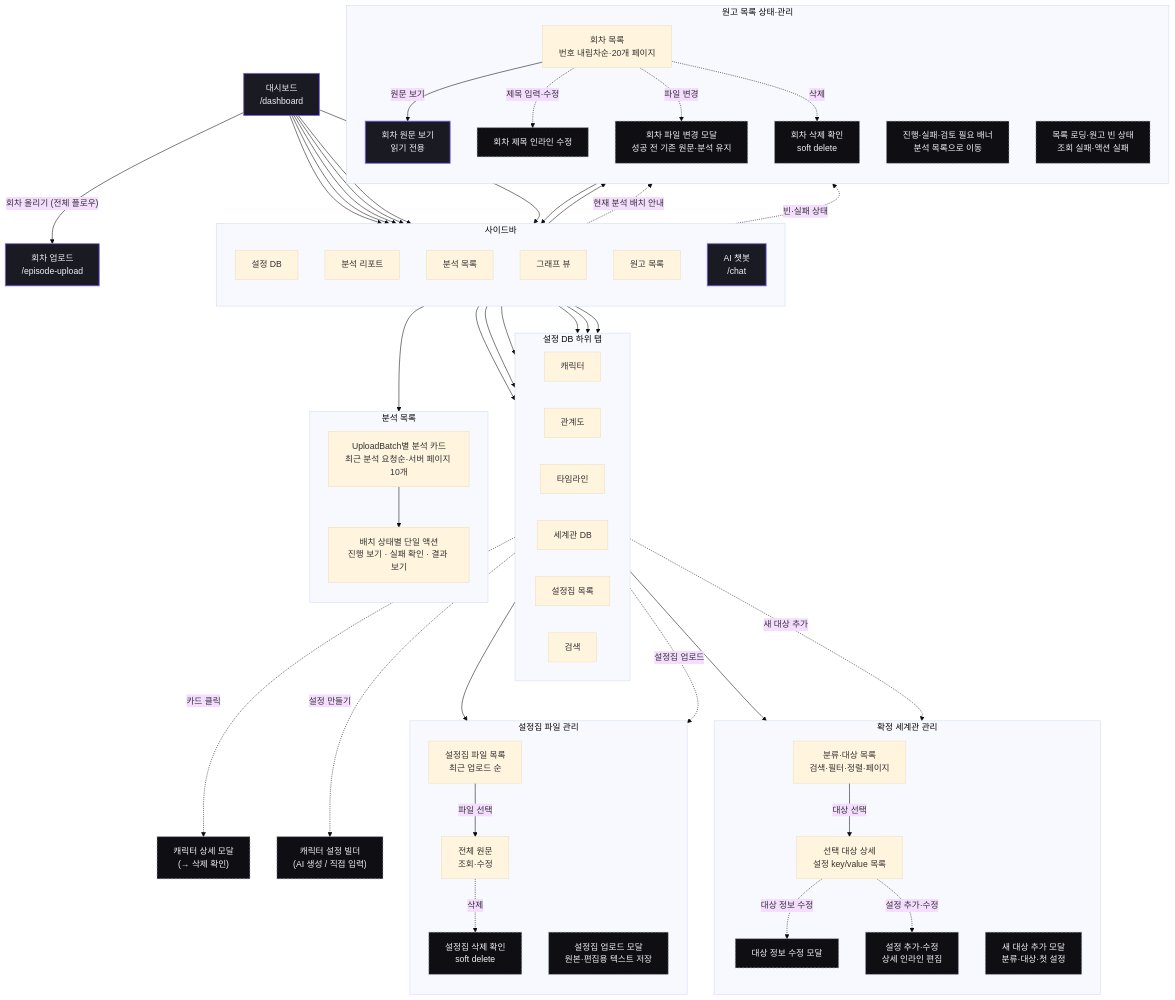
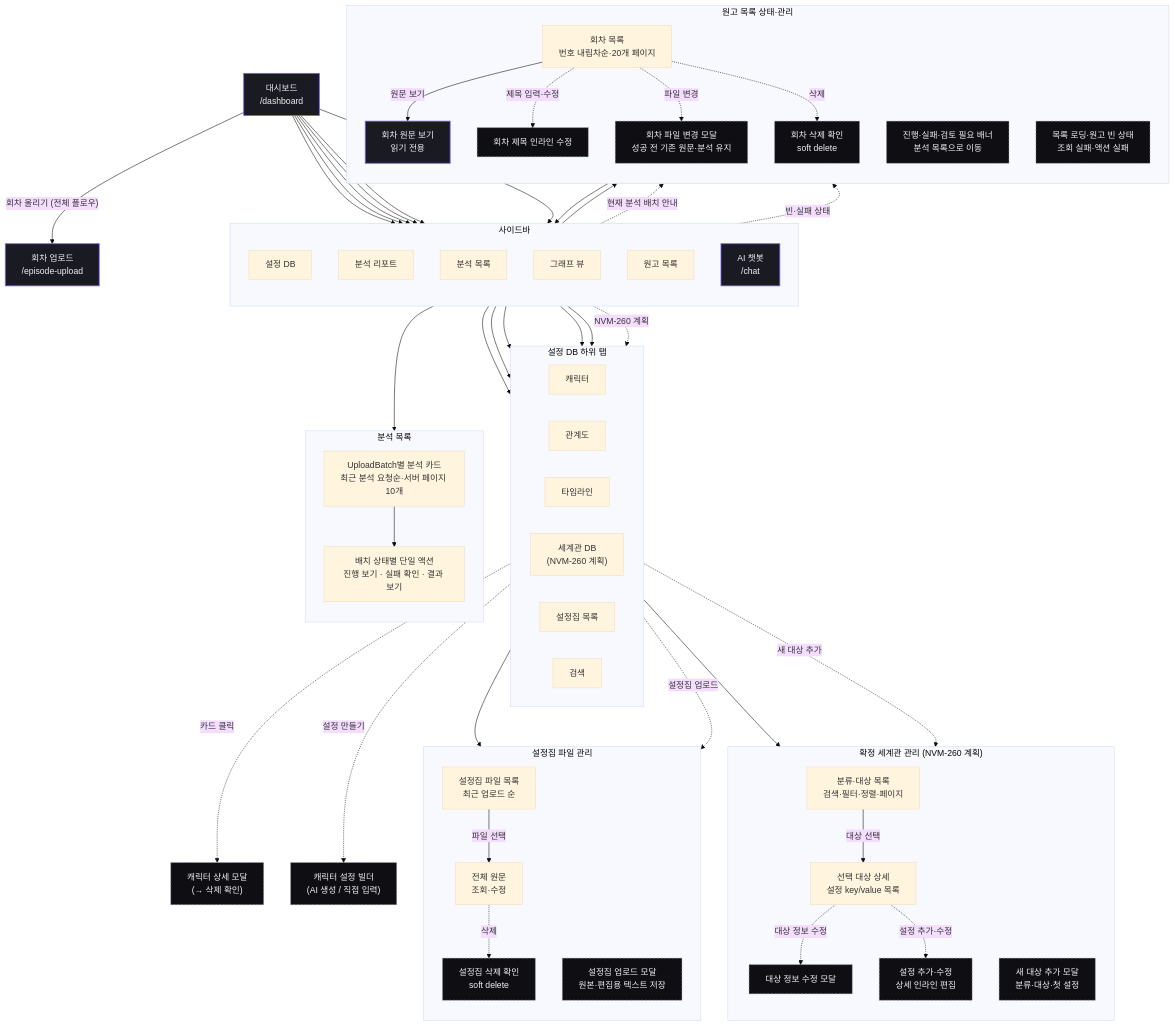
Before and after one commit to catchhole-soma/catchhole-front: the fifth of 7 diagrams in docs/screen-flow.md, drawn with Mermaid (base theme). The commit also changed other lines of this file and 5 other files, not shown here.

First line of the commit message:
docs(world-setting): 미구현 경로 상태를 구분한다

```diff
--- a/docs/screen-flow.md
+++ b/docs/screen-flow.md
@@ -259,11 +259,12 @@
     t_char["캐릭터"]
     t_rel["관계도"]
     t_time["타임라인"]
-    t_worlddb["세계관 DB"]
+    t_worlddb["세계관 DB<br/>(NVM-260 계획)"]
     t_world["설정집 목록"]
     t_search["검색"]
   end
-  nav_settingDB --> t_char & t_rel & t_time & t_worlddb & t_world & t_search
+  nav_settingDB --> t_char & t_rel & t_time & t_world & t_search
+  nav_settingDB -. "NVM-260 계획" .-> t_worlddb
 
   subgraph ANALYSES["분석 목록"]
     direction TB
@@ -276,7 +277,7 @@
   t_char -. "카드 클릭" .-> m_chardetail["캐릭터 상세 모달<br/>(→ 삭제 확인)"]:::modal
   t_char -. "설정 만들기" .-> m_settings["캐릭터 설정 빌더<br/>(AI 생성 / 직접 입력)"]:::modal
 
-  subgraph WORLD_SETTINGS["확정 세계관 관리"]
+  subgraph WORLD_SETTINGS["확정 세계관 관리 (NVM-260 계획)"]
     direction TB
     world_list["분류·대상 목록<br/>검색·필터·정렬·페이지"]
     world_detail["선택 대상 상세<br/>설정 key/value 목록"]
```
